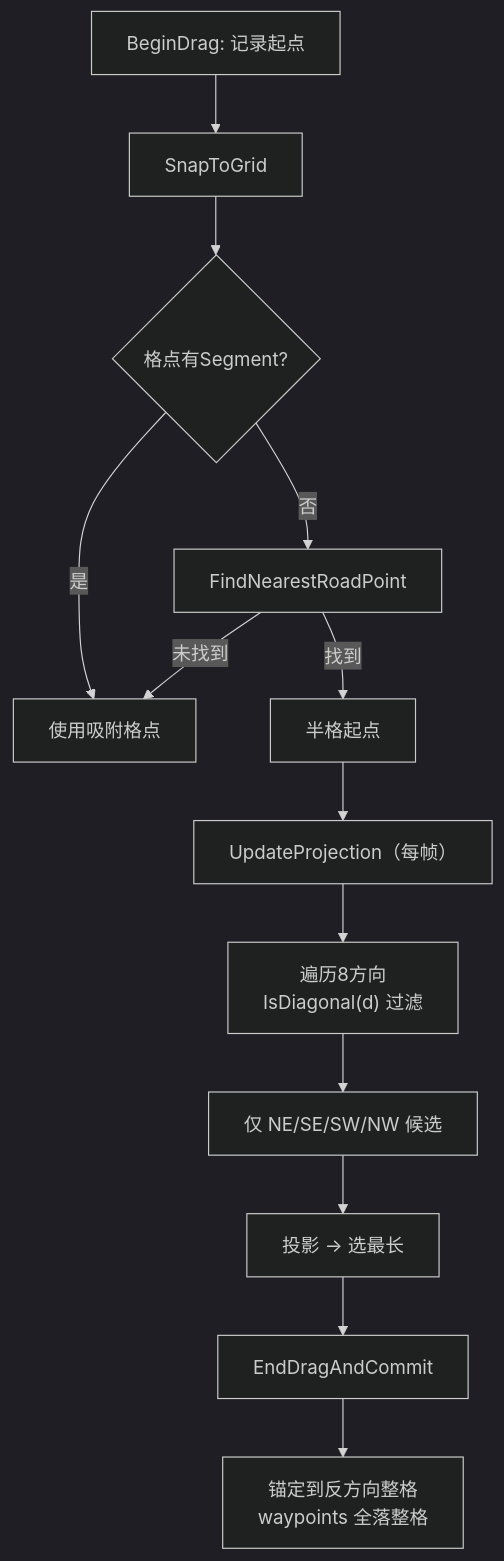
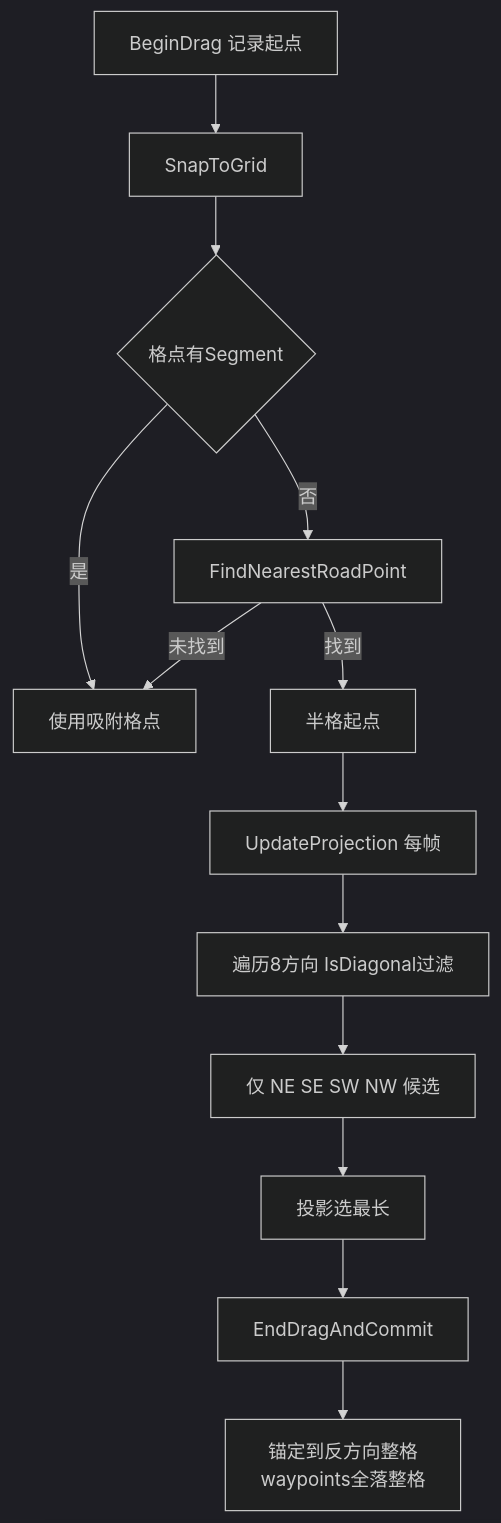
One commit to xianfishyu/SimpleCities changed the seventh of 9 diagrams in docs/game-logic.md. Above: the diagram before and after it, drawn with Mermaid (dark theme). The commit also changed other lines of this file, not shown here.

First line of the commit message:
#修复：mermaid语法修复 - 图2/3/5/7

````diff
--- a/docs/game-logic.md
+++ b/docs/game-logic.md
@@ -377,16 +367,16 @@
 ```mermaid
 flowchart TD
-    Start[BeginDrag: 记录起点] --> Snap[SnapToGrid]
-    Snap --> Check{格点有Segment?}
-    Check -->|是| Direct[使用吸附格点]
-    Check -->|否| Fallback[FindNearestRoadPoint]
-    Fallback -->|找到| HalfGrid[半格起点]
+    Start["BeginDrag 记录起点"] --> Snap["SnapToGrid"]
+    Snap --> Check{"格点有Segment"}
+    Check -->|是| Direct["使用吸附格点"]
+    Check -->|否| Fallback["FindNearestRoadPoint"]
+    Fallback -->|找到| HalfGrid["半格起点"]
     Fallback -->|未找到| Direct
 
-    HalfGrid --> Update["UpdateProjection（每帧）"]
-    Update --> Filter["遍历8方向<br/>IsDiagonal(d) 过滤"]
-    Filter --> DiagOnly["仅 NE/SE/SW/NW 候选"]
-    DiagOnly --> Project[投影 → 选最长]
-    Project --> Commit[EndDragAndCommit]
-    Commit --> Anchor["锚定到反方向整格<br/>waypoints 全落整格"]
+    HalfGrid --> Update["UpdateProjection 每帧"]
+    Update --> Filter["遍历8方向 IsDiagonal过滤"]
+    Filter --> DiagOnly["仅 NE SE SW NW 候选"]
+    DiagOnly --> Project["投影选最长"]
+    Project --> Commit["EndDragAndCommit"]
+    Commit --> Anchor["锚定到反方向整格<br>waypoints全落整格"]
 ```
````
